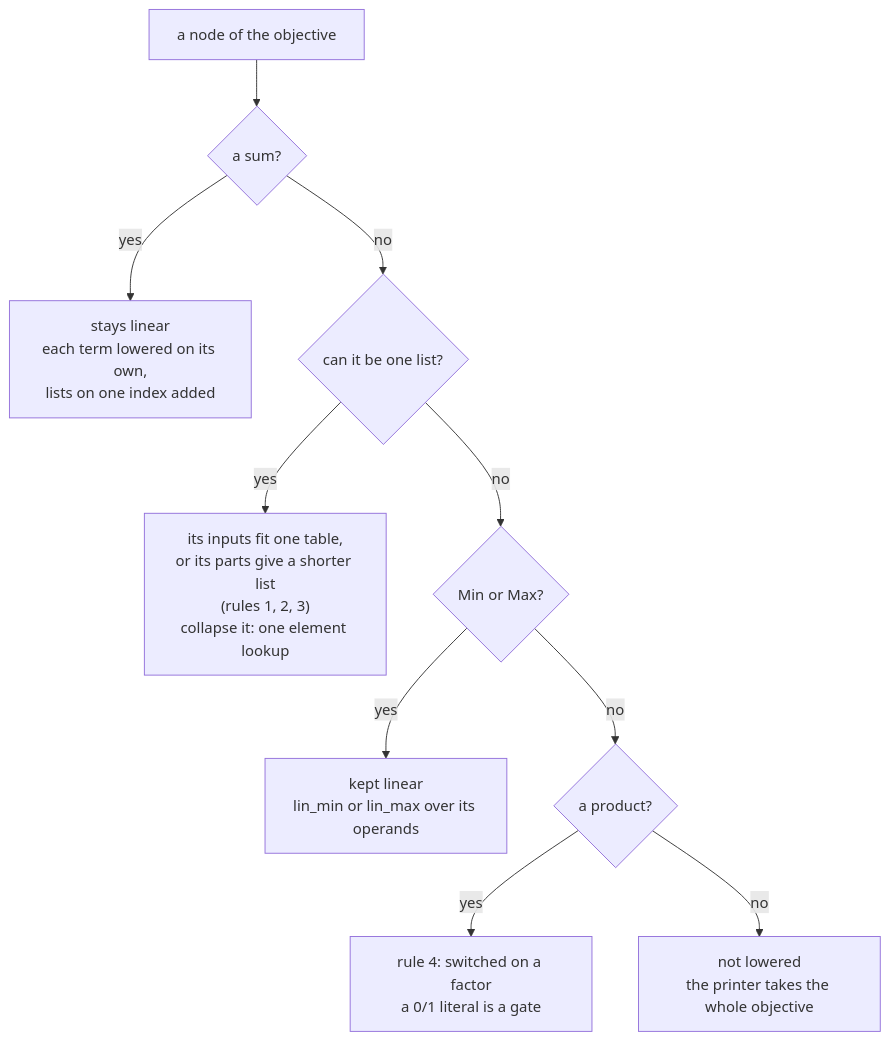
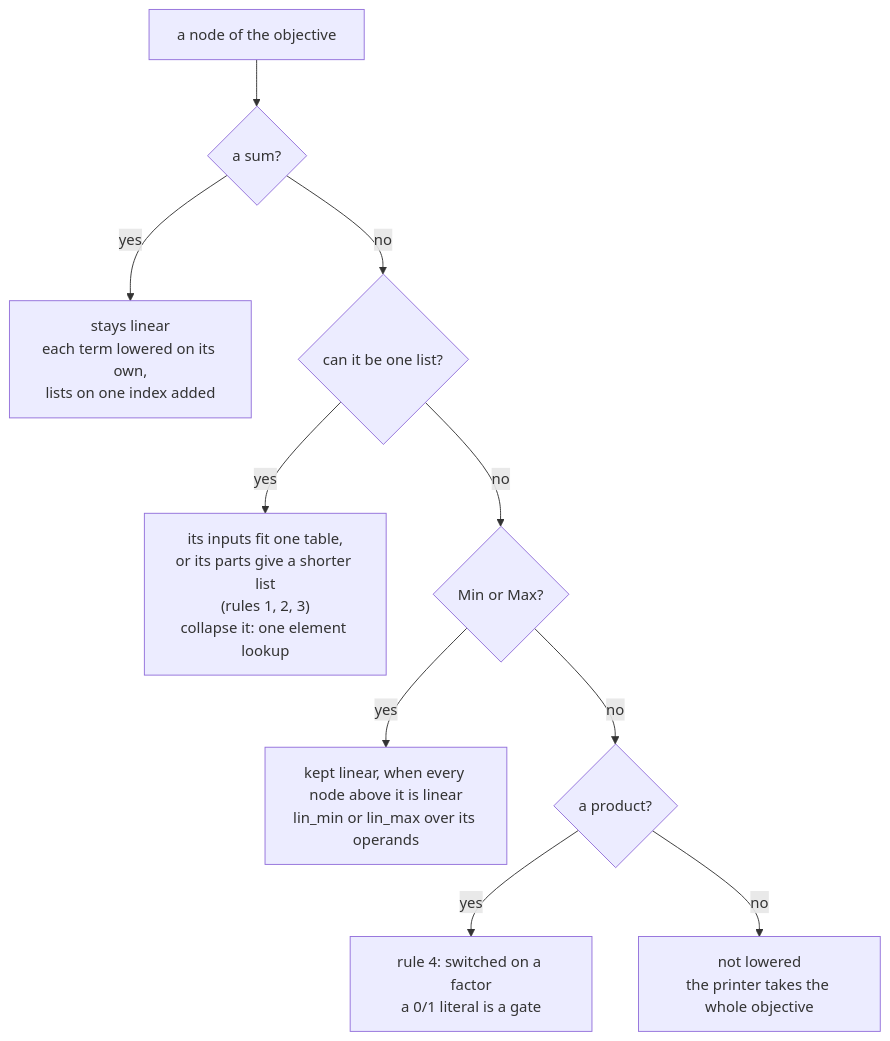
Before and after one commit to spectre-ns/spyre-roadmap: the third of 5 diagrams in plans/cpsat-table-lowering.md, drawn with Mermaid. The commit also changed other lines of this file, not shown here.

First line of the commit message:
Table lowering plan: a Min/Max stays linear only under linear nodes

````diff
--- a/plans/cpsat-table-lowering.md
+++ b/plans/cpsat-table-lowering.md
@@ -398,12 +405,12 @@
 ```mermaid
 flowchart TD
     S["a node of the objective"] --> Q1{"a sum?"}
     Q1 -- yes --> A1["stays linear<br/>each term lowered on its own,<br/>lists on one index added"]
     Q1 -- no --> Q2{"can it be one list?"}
     Q2 -- yes --> A2["its inputs fit one table,<br/>or its parts give a shorter list<br/>(rules 1, 2, 3)<br/>collapse it: one element lookup"]
     Q2 -- no --> Q3{"Min or Max?"}
-    Q3 -- yes --> A3["kept linear<br/>lin_min or lin_max over its operands"]
+    Q3 -- yes --> A3["kept linear, when every node above it is linear<br/>lin_min or lin_max over its operands"]
     Q3 -- no --> Q4{"a product?"}
     Q4 -- yes --> A4["rule 4: switched on a factor<br/>a 0/1 literal is a gate"]
     Q4 -- no --> A5["not lowered<br/>the printer takes the whole objective"]
 ```
````
